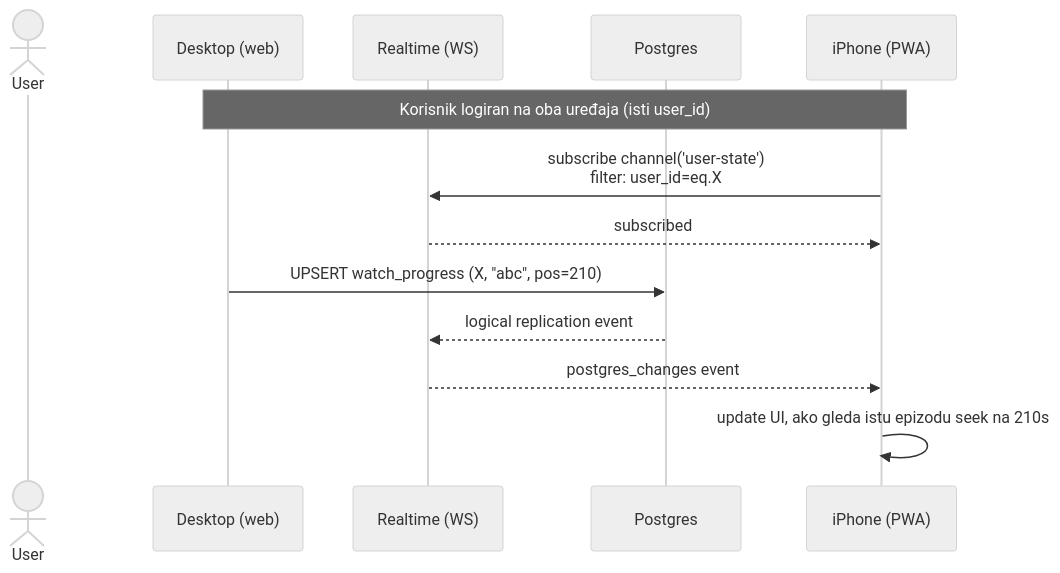
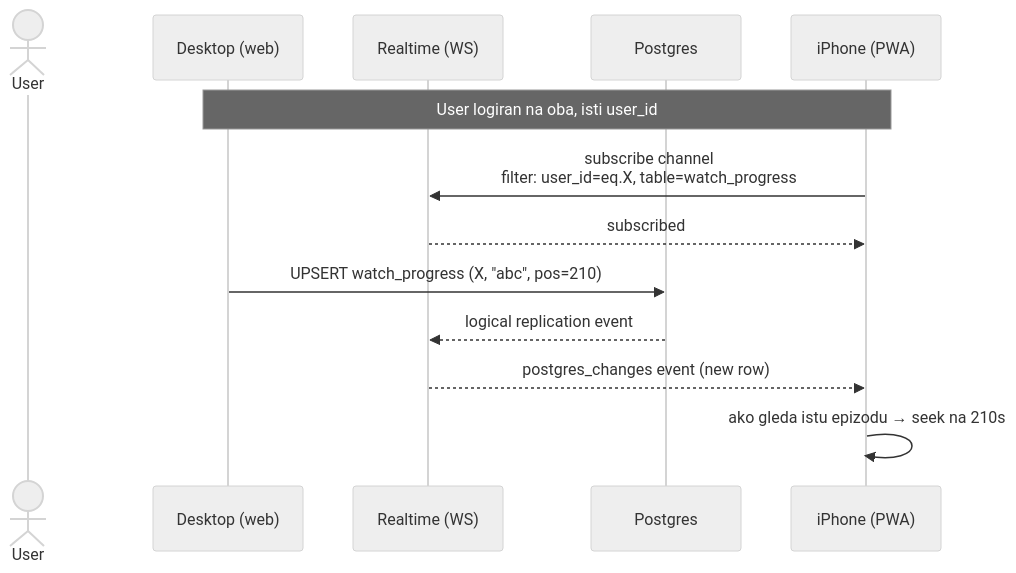
Diagram 11 of 13 in docs/auth-and-database-plan.md (domovinatv/ai.domovina.tv), drawn with Mermaid (neutral theme) before and after one commit. The commit also changed other lines of this file, not shown here.

````diff
--- a/docs/auth-and-database-plan.md
+++ b/docs/auth-and-database-plan.md
@@ -403,18 +592,18 @@
 ```mermaid
 sequenceDiagram
     actor User
     participant Desktop as Desktop (web)
     participant RT as Realtime (WS)
     participant DB as Postgres
     participant Phone as iPhone (PWA)
 
-    Note over Desktop,Phone: Korisnik logiran na oba uređaja (isti user_id)
+    Note over Desktop,Phone: User logiran na oba, isti user_id
 
-    Phone->>RT: subscribe channel('user-state')<br/>filter: user_id=eq.X
+    Phone->>RT: subscribe channel<br/>filter: user_id=eq.X, table=watch_progress
     RT-->>Phone: subscribed
 
     Desktop->>DB: UPSERT watch_progress (X, "abc", pos=210)
     DB-->>RT: logical replication event
-    RT-->>Phone: postgres_changes event
-    Phone->>Phone: update UI, ako gleda istu epizodu seek na 210s
+    RT-->>Phone: postgres_changes event (new row)
+    Phone->>Phone: ako gleda istu epizodu → seek na 210s
 ```
````
